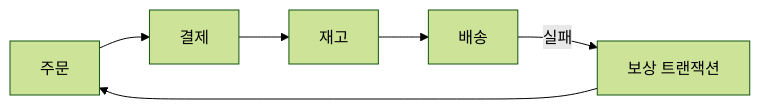
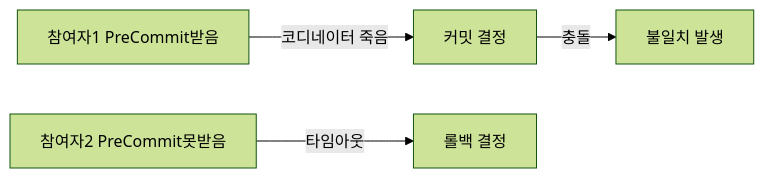
One commit to yjkim2015/yjkim2015.github.io changed the fifth of 12 diagrams in _posts/architecture/2026-05-02-distributed-transaction-deep.md. Above: the diagram before and after it, drawn with Mermaid (forest theme). The commit also changed other lines of this file and 4 other files, not shown here.

````diff
--- a/_posts/architecture/2026-05-02-distributed-transaction-deep.md
+++ b/_posts/architecture/2026-05-02-distributed-transaction-deep.md
@@ -96,6 +247,6 @@
 ```mermaid
 graph LR
-    T1["주문"] --> T2["결제"] --> T3["재고"] --> T4["배송"]
-    T4 -->|"실패"| C["보상 트랜잭션"]
-    C --> T1
+    P1["참여자1 PreCommit받음"] -->|"코디네이터 죽음"| CI["커밋 결정"]
+    P2["참여자2 PreCommit못받음"] -->|"타임아웃"| RI["롤백 결정"]
+    CI -->|"충돌"| INCON["불일치 발생"]
 ```
````
